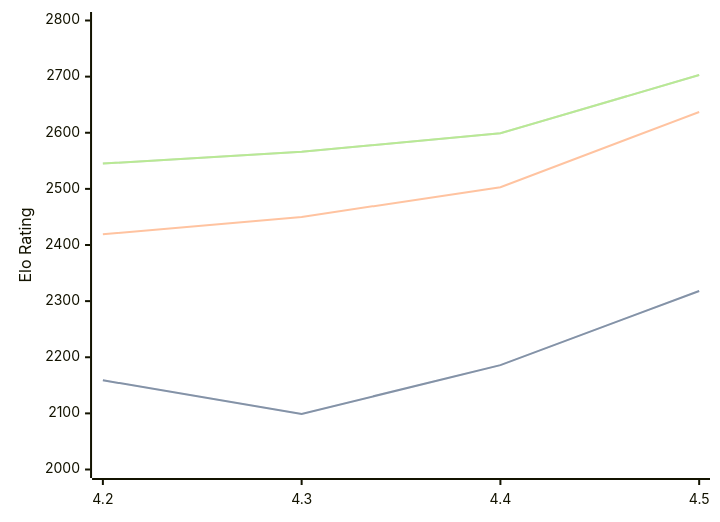
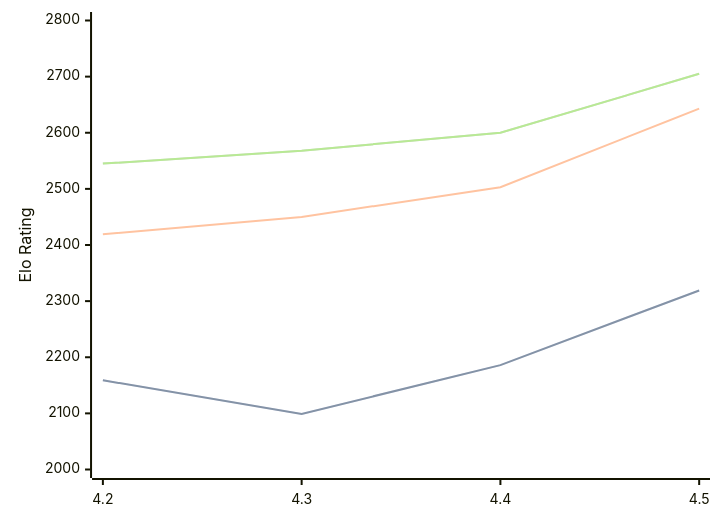
The diagram in engines/Eubos.md (computer-chess-index/cci), drawn with Mermaid before and after one commit. The commit also changed other lines of this file, not shown here.

Commit message:
Update CCI Ratings (ELO VLTC) - 2026-08-27

````diff
--- a/engines/Eubos.md
+++ b/engines/Eubos.md
@@ -34,11 +34,11 @@
 ```mermaid
 %%{init: {"theme":"base","themeVariables":{"seriesColors:['#a3a3a3','#222221','#faa371']}}}%%
 xychart-beta
   x-axis ["4.2", "4.3", "4.4", "4.5"]
   y-axis "Elo Rating" 2000 --> 2800
-  line "STC (8.0+0.08s)" [2159, 2099, 2186, 2318]
-  line "STC (8.0+0.08s)" [2159, 2099, 2186, 2318]
-  line "LTC (60.0+0.60s)" [2419, 2450, 2503, 2637]
-  line "VLTC (2m24s+1.12s)" [2545, 2566, 2599, 2703]
-  line "VLTC (2m24s+1.12s)" [2545, 2566, 2599, 2703]
+  line "STC (8.0+0.08s)" [2159, 2099, 2186, 2319]
+  line "STC (8.0+0.08s)" [2159, 2099, 2186, 2319]
+  line "LTC (60.0+0.60s)" [2419, 2450, 2503, 2643]
+  line "VLTC (2m24s+1.12s)" [2545, 2568, 2600, 2705]
+  line "VLTC (2m24s+1.12s)" [2545, 2568, 2600, 2705]
 ```
````
